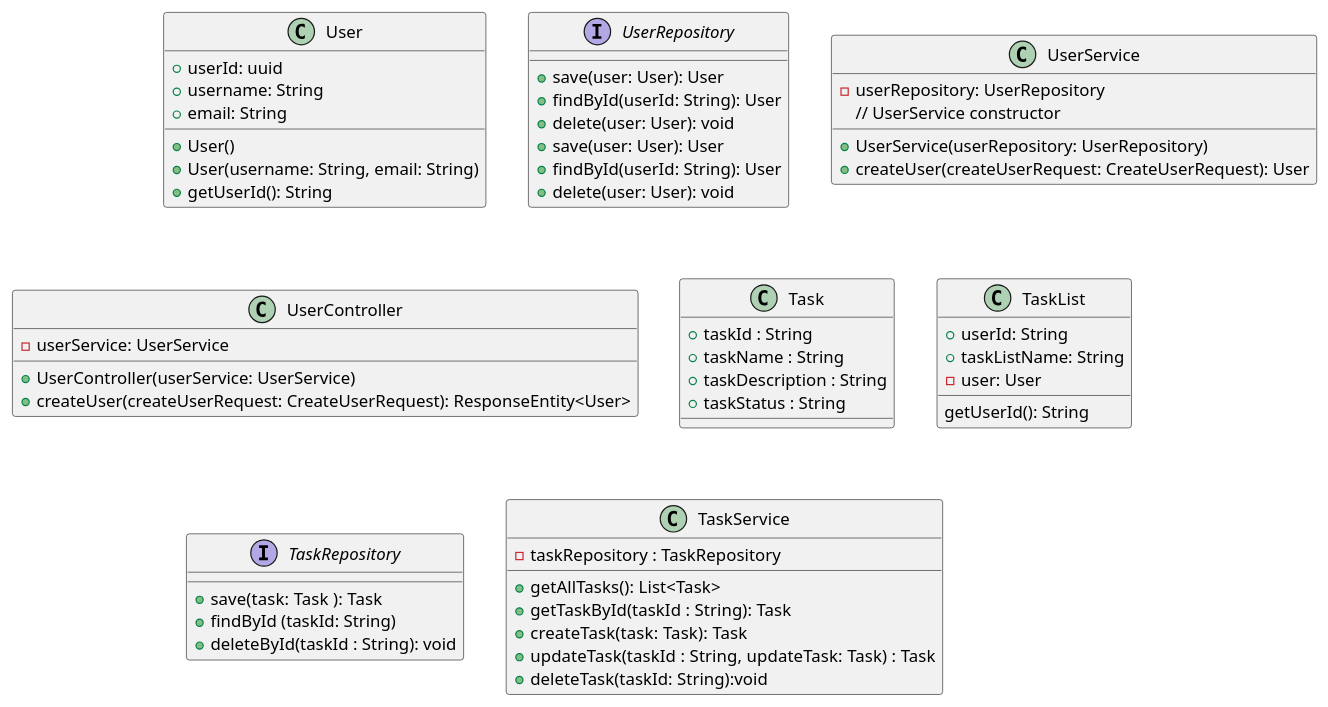
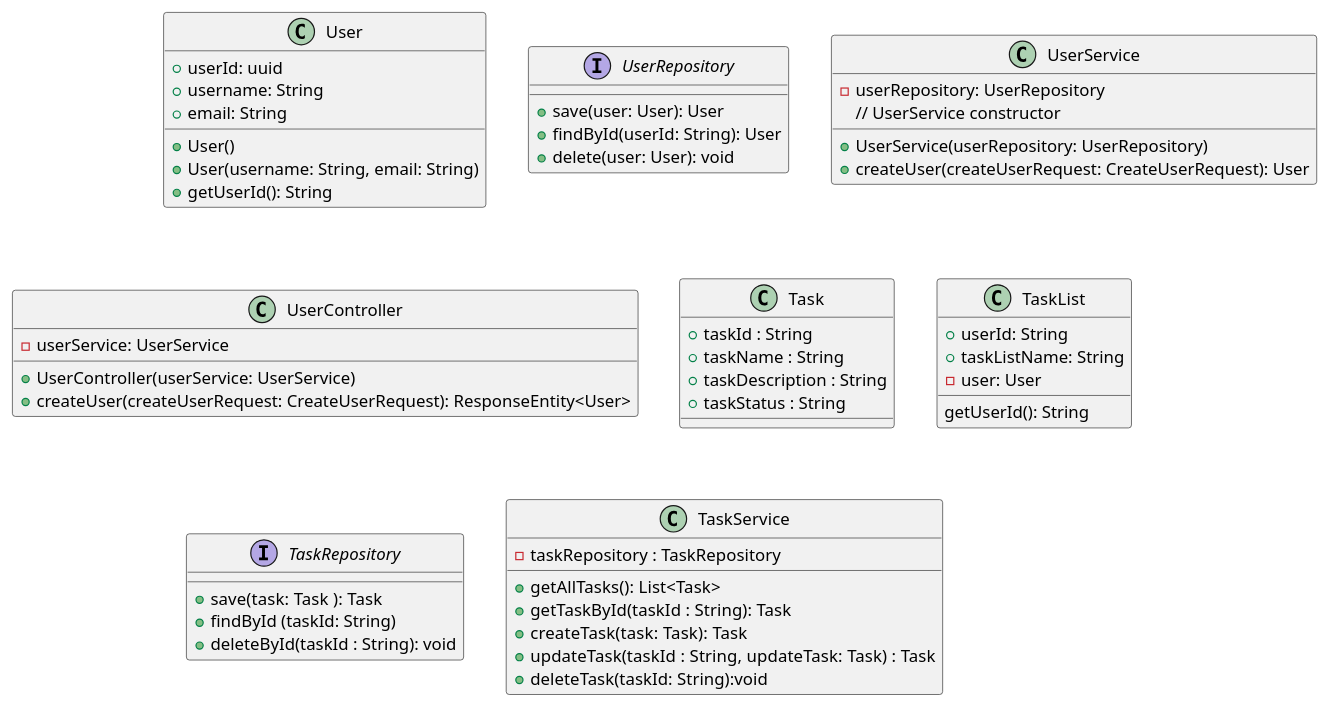
One commit to adam-knight1/streamline changed the diagram in Streamline.puml. Above: the diagram before and after it, drawn with PlantUML.

Commit message:
updated uml

```diff
--- a/Streamline.puml
+++ b/Streamline.puml
@@ -1,64 +1,58 @@
 @startuml
 
 class User {
 +userId: uuid
 +username: String
 +email: String
 +User()
 +User(username: String, email: String)
 +getUserId(): String
 }
 
 interface UserRepository {
 +save(user: User): User
 +findById(userId: String): User
 +delete(user: User): void
 }
 class UserService {
 -userRepository: UserRepository
 // UserService constructor
 +UserService(userRepository: UserRepository)
 +createUser(createUserRequest: CreateUserRequest): User
 }
 
 class UserController {
 -userService: UserService
 +UserController(userService: UserService)
 +createUser(createUserRequest: CreateUserRequest): ResponseEntity<User>
 }
 
 class Task {
 +taskId : String
 +taskName : String
 +taskDescription : String
 +taskStatus : String
 }
 
 class TaskList {
 +userId: String
 +taskListName: String
 -user: User
 getUserId(): String
 }
 
-interface UserRepository {
-+save(user: User): User
-+findById(userId: String): User
-+delete(user: User): void
-}
-
 interface TaskRepository {
 +save(task: Task ): Task
 +findById (taskId: String)
 +deleteById(taskId : String): void
 }
 
 class TaskService {
 -taskRepository : TaskRepository
 +getAllTasks(): List<Task>
 +getTaskById(taskId : String): Task
 +createTask(task: Task): Task
 +updateTask(taskId : String, updateTask: Task) : Task
 +deleteTask(taskId: String):void
 }
 @enduml
```
